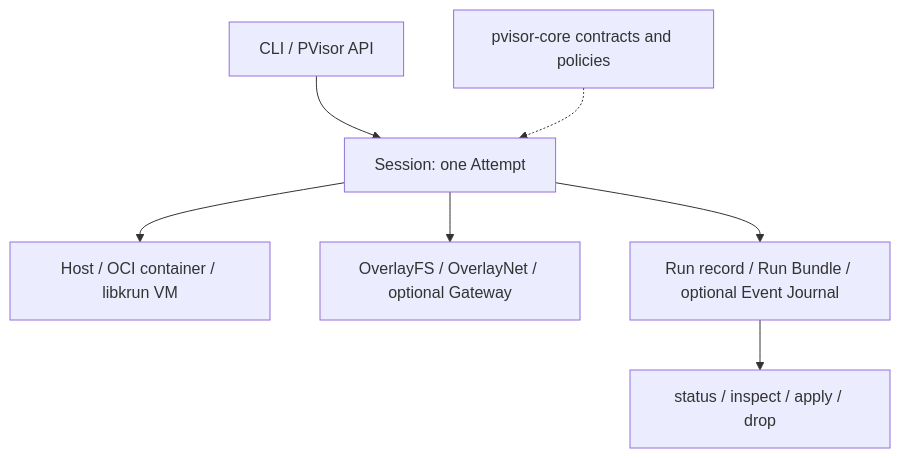
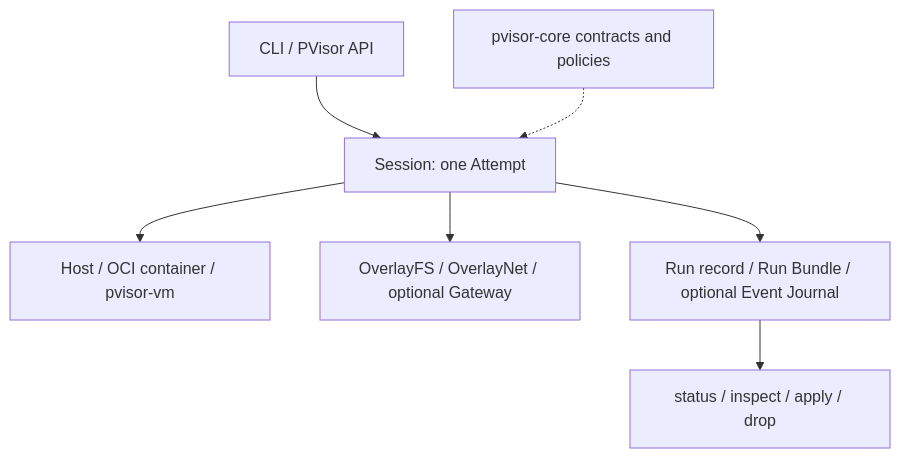
Before and after one commit to DeepLink-org/pvisor: the diagram in crates/pvisor/README.md, drawn with Mermaid. The commit also changed other lines of this file and 79 other files, not shown here.

````diff
--- a/crates/pvisor/README.md
+++ b/crates/pvisor/README.md
@@ -24,9 +24,9 @@
 ```mermaid
 flowchart TD
     Entry[CLI / PVisor API] --> Session[Session: one Attempt]
     Core[pvisor-core contracts and policies] -.-> Session
-    Session --> Executor[Host / OCI container / libkrun VM]
+    Session --> Executor[Host / OCI container / pvisor-vm]
     Session --> Drivers[OverlayFS / OverlayNet / optional Gateway]
     Session --> Records[Run record / Run Bundle / optional Event Journal]
     Records --> Review[status / inspect / apply / drop]
 ```
````
